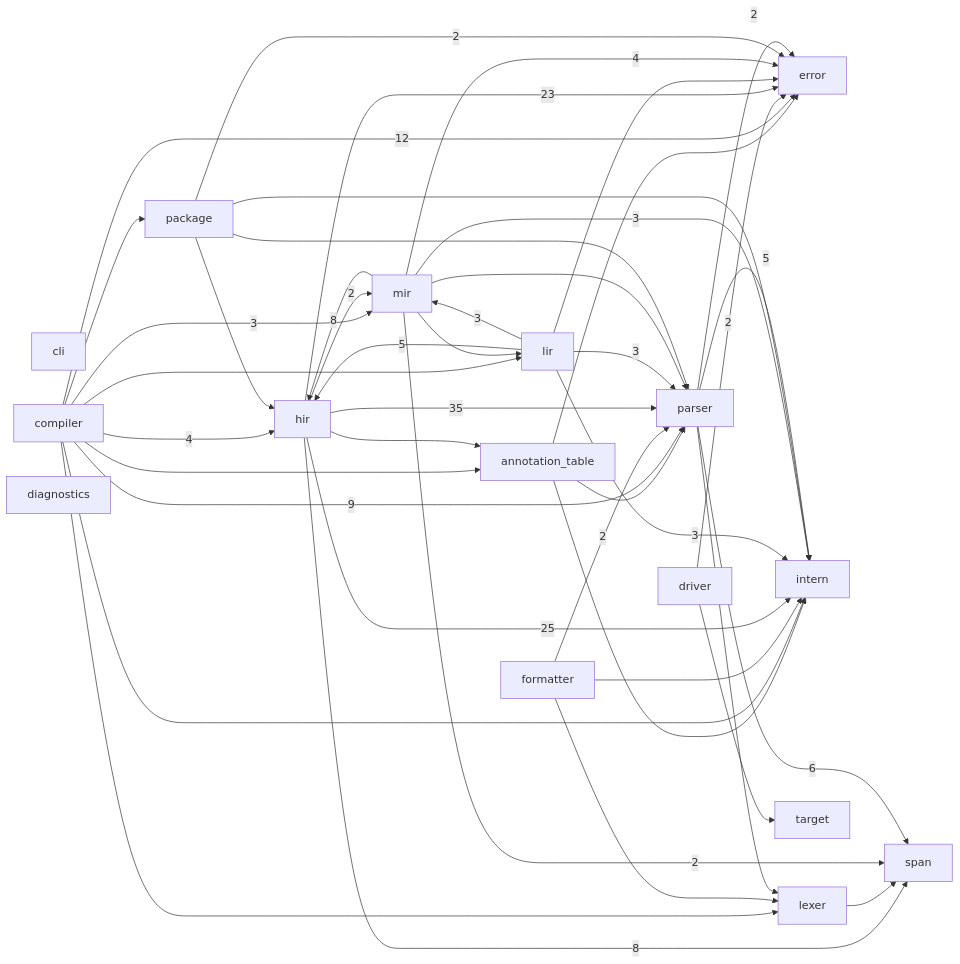
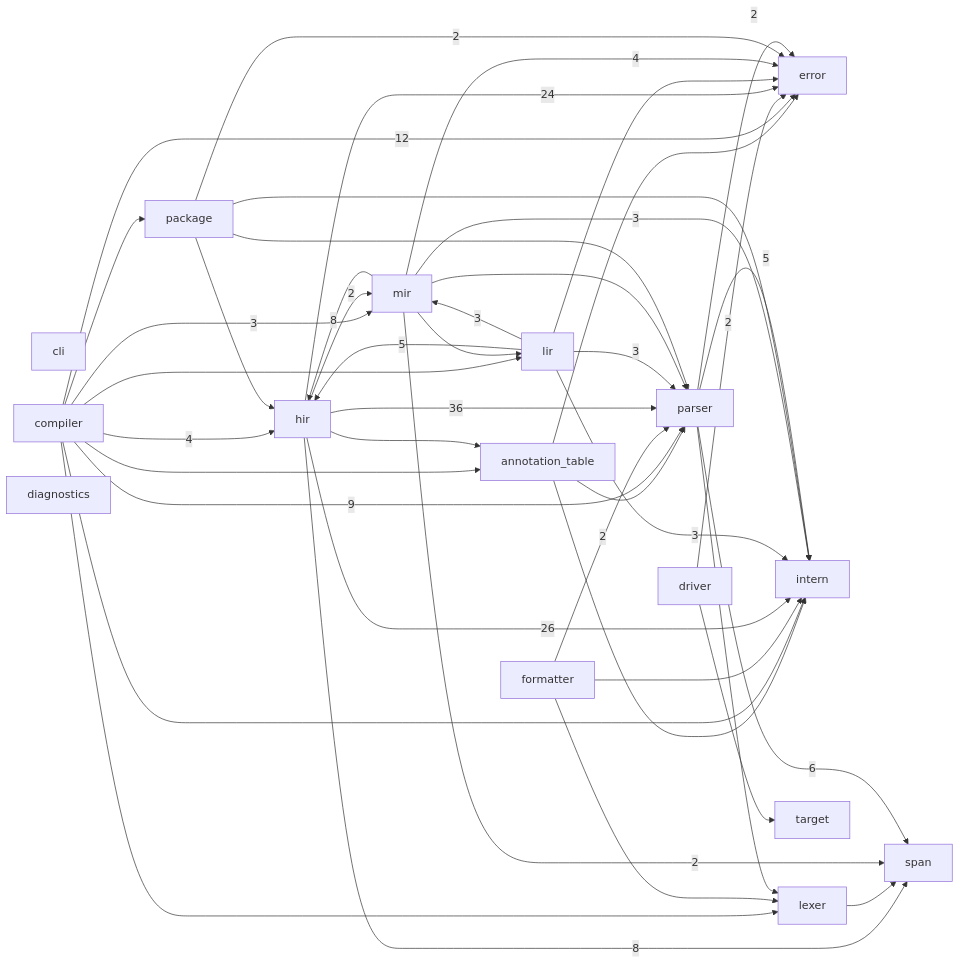
Before and after one commit to ayanami1ei/Ayanami-language: the diagram in docs/module-graph.md, drawn with Mermaid. The commit also changed other lines of this file and 6 other files, not shown here.

````diff
--- a/docs/module-graph.md
+++ b/docs/module-graph.md
@@ -6,62 +6,62 @@
 ```mermaid
 graph LR
     annotation_table
     cli
     compiler
     diagnostics
     driver
     error
     formatter
     hir
     intern
     lexer
     lir
     mir
     package
     parser
     span
     target
     annotation_table --> error
     annotation_table --> intern
     annotation_table --> parser
     compiler --> annotation_table
     compiler -->|12| error
     compiler -->|4| hir
     compiler --> intern
     compiler --> lexer
     compiler --> lir
     compiler -->|3| mir
     compiler --> package
     compiler -->|9| parser
     driver -->|2| error
     driver --> target
     formatter --> intern
     formatter --> lexer
     formatter -->|2| parser
     hir --> annotation_table
-    hir -->|23| error
-    hir -->|25| intern
+    hir -->|24| error
+    hir -->|26| intern
     hir -->|2| mir
-    hir -->|35| parser
+    hir -->|36| parser
     hir -->|8| span
     lexer --> span
     lir --> error
     lir -->|5| hir
     lir -->|3| intern
     lir -->|3| mir
     lir -->|3| parser
     mir -->|4| error
     mir -->|8| hir
     mir -->|3| intern
     mir --> lir
     mir --> parser
     mir -->|2| span
     package -->|2| error
     package --> hir
     package --> intern
     package --> parser
     parser -->|2| error
     parser -->|5| intern
     parser --> lexer
     parser -->|6| span
 ```
````
